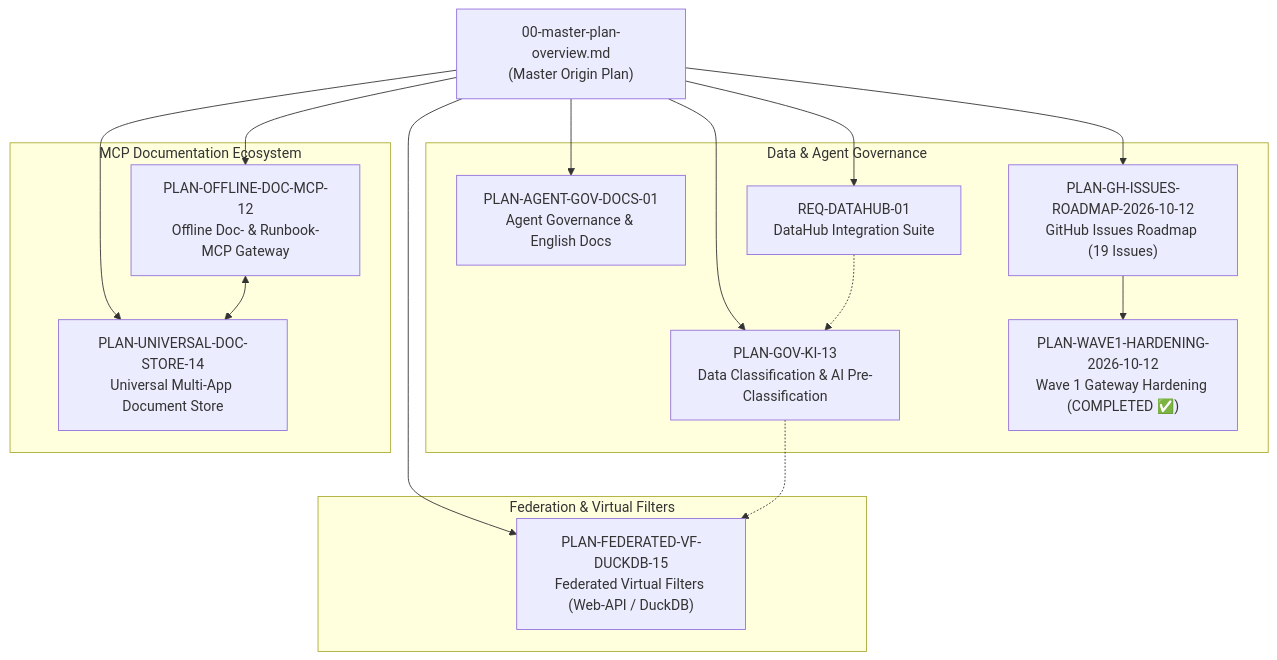
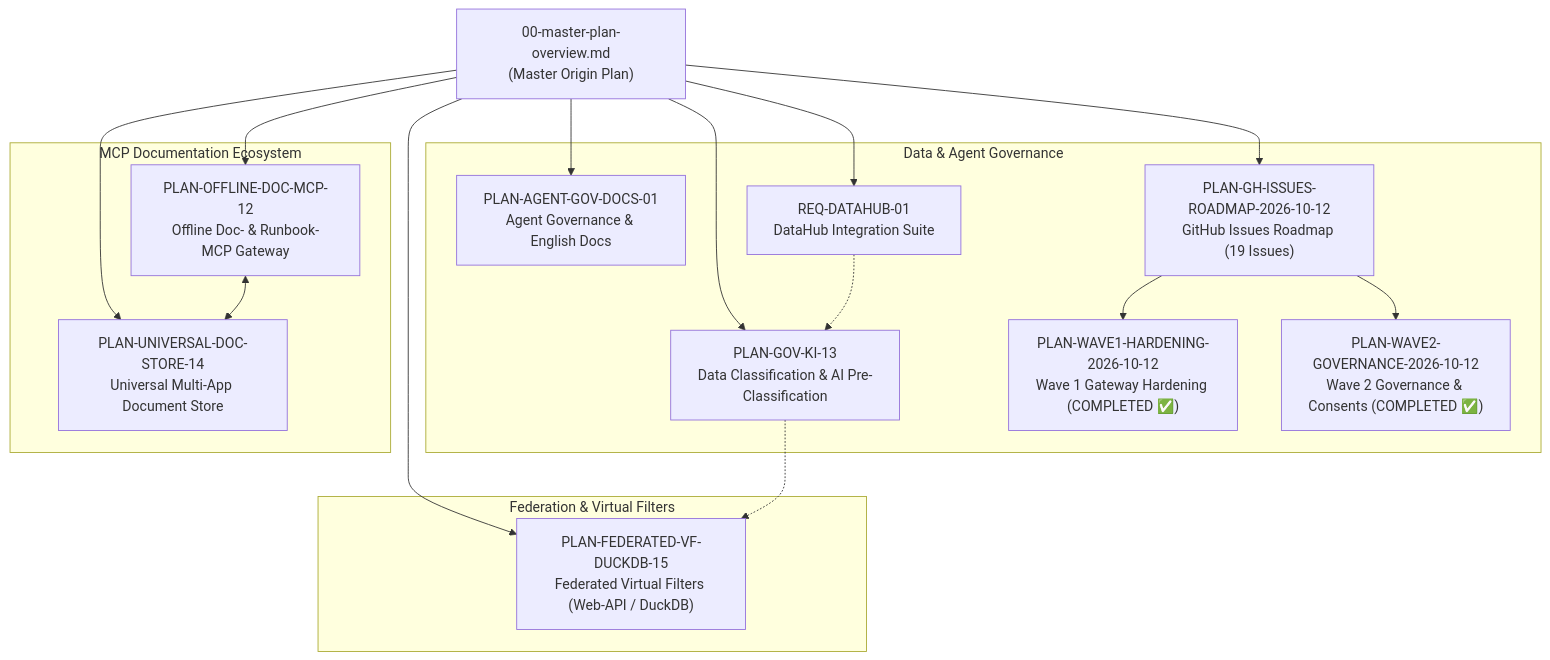
The diagram in docs/plans/00-master-plan-overview.md (themulle/autheris), drawn with Mermaid before and after one commit. The commit also changed other lines of this file and 23 other files, not shown here.

Commit message:
feat(governance): complete Wave 2 - GitOps apply API, effective access introspection, inbox queries, monotonic scope hardening, and F-GOV-15 docs

````diff
--- a/docs/plans/00-master-plan-overview.md
+++ b/docs/plans/00-master-plan-overview.md
@@ -41,34 +41,36 @@
 ```mermaid
 flowchart TD
     MP["00-master-plan-overview.md<br/>(Master Origin Plan)"]
     
     subgraph Governance ["Data & Agent Governance"]
         AG["PLAN-AGENT-GOV-DOCS-01<br/>Agent Governance & English Docs"]
         DK["PLAN-GOV-KI-13<br/>Data Classification & AI Pre-Classification"]
         DH["REQ-DATAHUB-01<br/>DataHub Integration Suite"]
         GHI["PLAN-GH-ISSUES-ROADMAP-2026-10-12<br/>GitHub Issues Roadmap (19 Issues)"]
         W1["PLAN-WAVE1-HARDENING-2026-10-12<br/>Wave 1 Gateway Hardening (COMPLETED ✅)"]
+        W2["PLAN-WAVE2-GOVERNANCE-2026-10-12<br/>Wave 2 Governance & Consents (COMPLETED ✅)"]
     end
     
     subgraph ExecutionEngine ["Federation & Virtual Filters"]
         VF["PLAN-FEDERATED-VF-DUCKDB-15<br/>Federated Virtual Filters (Web-API / DuckDB)"]
     end
     
     subgraph DocMCP ["MCP Documentation Ecosystem"]
         DM["PLAN-OFFLINE-DOC-MCP-12<br/>Offline Doc- & Runbook-MCP Gateway"]
         UDS["PLAN-UNIVERSAL-DOC-STORE-14<br/>Universal Multi-App Document Store"]
     end
 
     MP --> AG
     MP --> DK
     MP --> DH
     MP --> GHI
     MP --> VF
     MP --> DM
     MP --> UDS
 
     GHI --> W1
+    GHI --> W2
     DM <--> UDS
     DK -.-> VF
     DH -.-> DK
 ```
````
